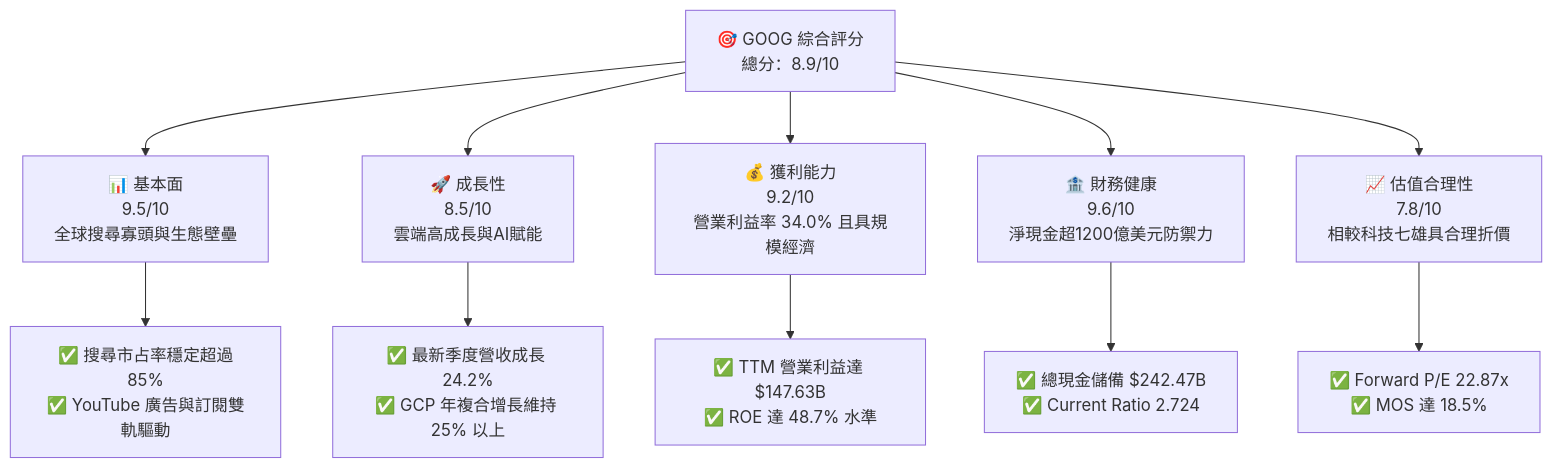
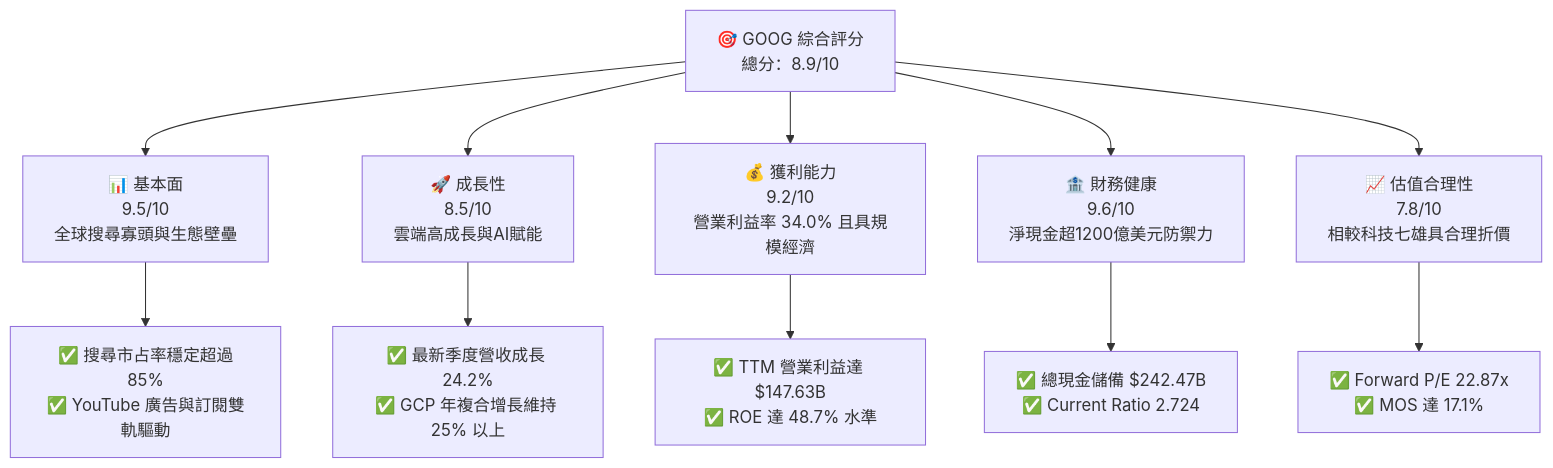
The first of 16 diagrams in ai_gen_report/fundamental/goog/fundamental_analysis_2026-10-11_gemini.md (yennanliu/finance_data), drawn with Mermaid before and after one commit. The commit also changed other lines of this file and 339 other files, not shown here.

````diff
--- a/ai_gen_report/fundamental/goog/fundamental_analysis_2026-10-11_gemini.md
+++ b/ai_gen_report/fundamental/goog/fundamental_analysis_2026-10-11_gemini.md
@@ -60,22 +67,22 @@
 ```mermaid
 graph TD
     TICKER["🎯 GOOG 綜合評分<br/>總分：8.9/10"]
 
     F["📊 基本面<br/>9.5/10<br/>全球搜尋寡頭與生態壁壘"]
     G["🚀 成長性<br/>8.5/10<br/>雲端高成長與AI賦能"]
     P["💰 獲利能力<br/>9.2/10<br/>營業利益率 34.0% 且具規模經濟"]
     B["🏦 財務健康<br/>9.6/10<br/>淨現金超1200億美元防禦力"]
     V["📈 估值合理性<br/>7.8/10<br/>相較科技七雄具合理折價"]
 
     TICKER --> F
     TICKER --> G
     TICKER --> P
     TICKER --> B
     TICKER --> V
 
     F --> F1["✅ 搜尋市占率穩定超過85%<br/>✅ YouTube 廣告與訂閱雙軌驅動"]
     G --> G1["✅ 最新季度營收成長 24.2%<br/>✅ GCP 年複合增長維持 25% 以上"]
     P --> P1["✅ TTM 營業利益達 $147.63B<br/>✅ ROE 達 48.7% 水準"]
     B --> B1["✅ 總現金儲備 $242.47B<br/>✅ Current Ratio 2.724"]
-    V --> V1["✅ Forward P/E 22.87x<br/>✅ MOS 達 18.5%"]
+    V --> V1["✅ Forward P/E 22.87x<br/>✅ MOS 達 17.1%"]
 ```
````
